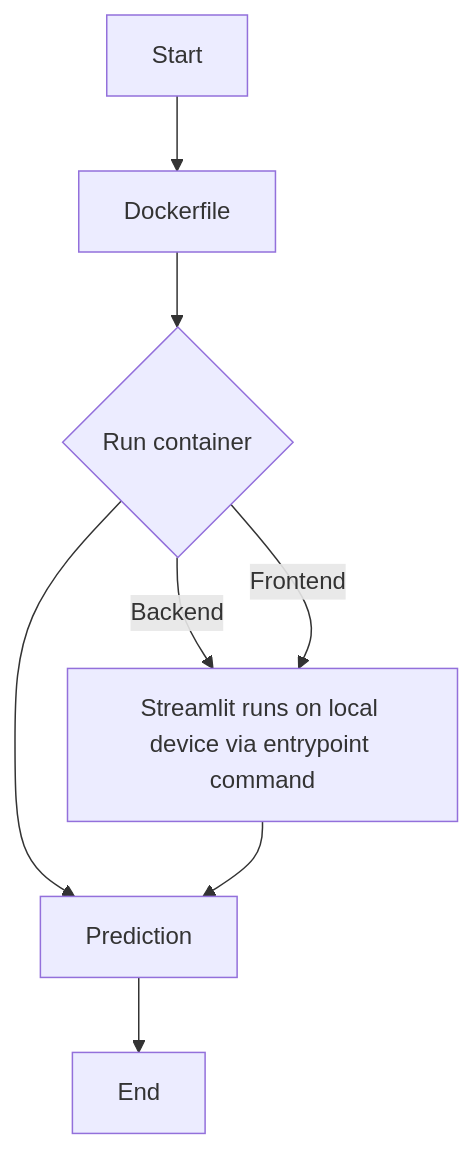
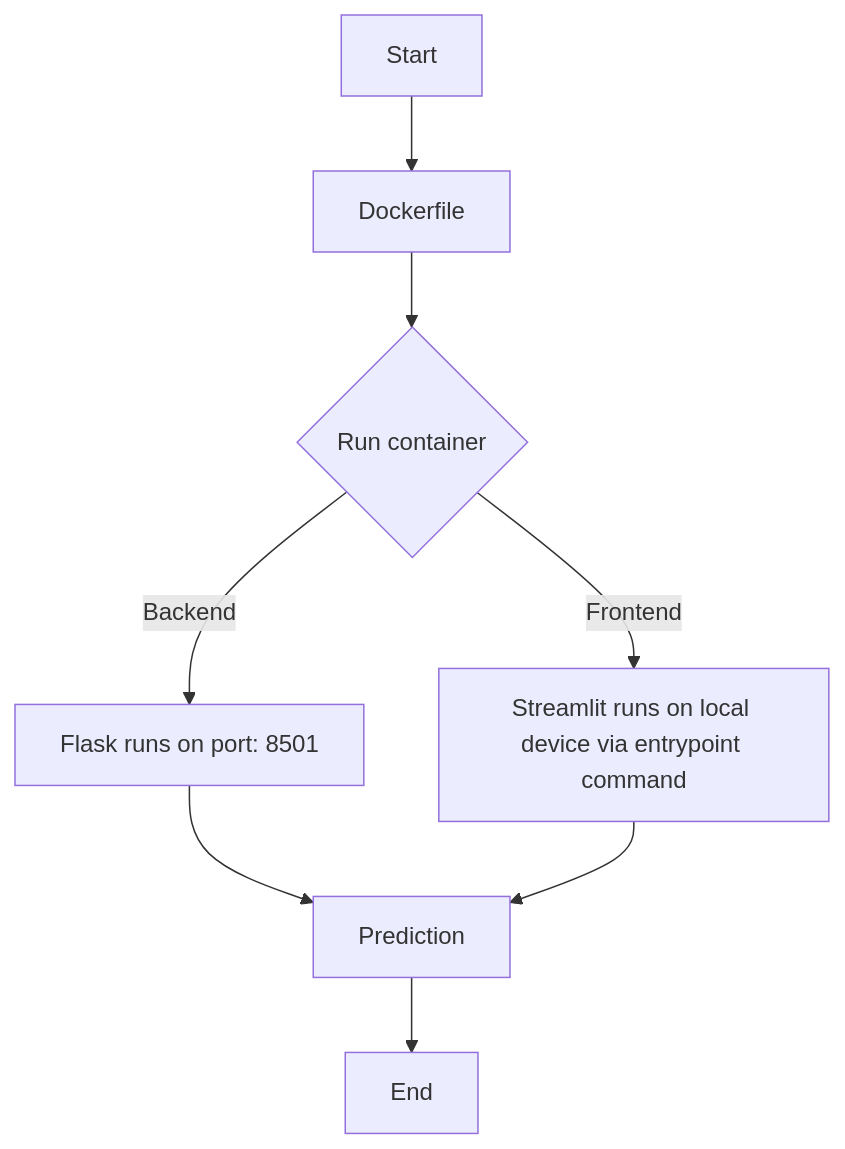
Before and after one commit to persianflower/Deep-Learning: the diagram in LNT_Task_11/README.md, drawn with Mermaid. The commit also changed 1 other file, not shown here.

Commit message:
"Added diagram and output"

````diff
--- a/LNT_Task_11/README.md
+++ b/LNT_Task_11/README.md
@@ -15,10 +15,10 @@
 ```mermaid
 flowchart TD
     A[Start] --> B
     B[Dockerfile] --> C{Run container}
     C -->|Backend| D[Flask runs on port: 8501]
-    C -->|Frontend| D[Streamlit runs on local device via entrypoint command]
-    C --> F[Prediction]
-    D --> F
+    C -->|Frontend| E[Streamlit runs on local device via entrypoint command]
+    D --> F[Prediction]
+    E --> F
     F --> G[End]
 ```
````
